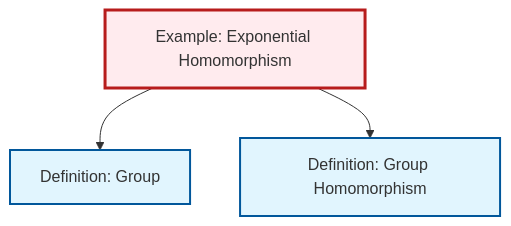
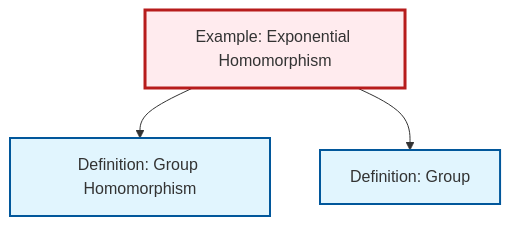
Before and after one commit to RK0429/ModernMath: the diagram in content/ja/algebra/ex-exponential-homomorphism.qmd, drawn with Mermaid. The commit also changed other lines of this file and 530 other files, not shown here.

````diff
--- a/content/ja/algebra/ex-exponential-homomorphism.qmd
+++ b/content/ja/algebra/ex-exponential-homomorphism.qmd
@@ -45,17 +45,17 @@
 ```{mermaid}
 %%| fig-cap: "Local dependency graph"
 graph TD
     classDef definition fill:#e1f5fe,stroke:#01579b,stroke-width:2px
     classDef theorem fill:#f3e5f5,stroke:#4a148c,stroke-width:2px
     classDef axiom fill:#fff3e0,stroke:#e65100,stroke-width:2px
     classDef example fill:#e8f5e9,stroke:#1b5e20,stroke-width:2px
     classDef current fill:#ffebee,stroke:#b71c1c,stroke-width:3px
+    ex-exponential-homomorphism["Example: Exponential Homomorphism"]:::example
+    def-homomorphism["Definition: Group Homomorphism"]:::definition
     def-group["Definition: Group"]:::definition
-    def-homomorphism["Definition: Group Homomorphism"]:::definition
-    ex-exponential-homomorphism["Example: Exponential Homomorphism"]:::example
+    ex-exponential-homomorphism --> def-homomorphism
     ex-exponential-homomorphism --> def-group
-    ex-exponential-homomorphism --> def-homomorphism
     class ex-exponential-homomorphism current
+    click def-homomorphism "def-homomorphism.html" "Definition: Group Homomorphismへ"
     click def-group "def-group.html" "Definition: Groupへ"
-    click def-homomorphism "def-homomorphism.html" "Definition: Group Homomorphismへ"
 ```
````
